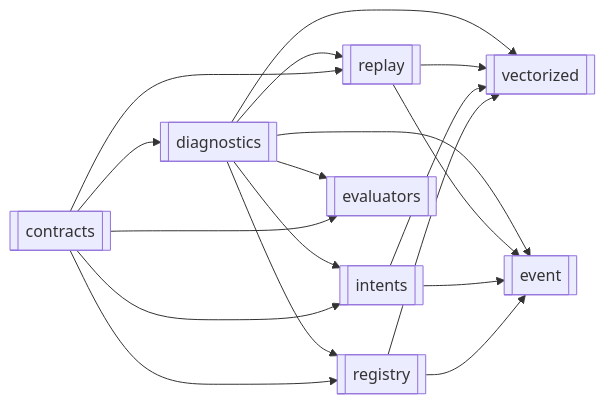
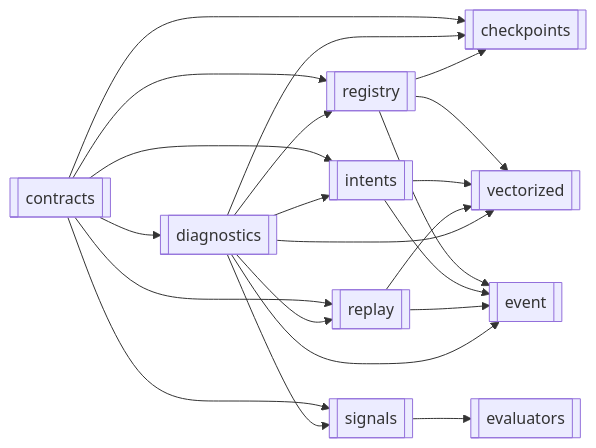
The second of 2 diagrams in app/services/strategy/README.md (haruperi/HaruQuantAI), drawn with Mermaid before and after one commit. The commit also changed other lines of this file and 2078 other files, not shown here.

````diff
--- a/app/services/strategy/README.md
+++ b/app/services/strategy/README.md
@@ -277,29 +313,35 @@
 ```mermaid
 flowchart LR
     CON[[contracts]]
     DIA[[diagnostics]]
     REG[[registry]]
     INT[[intents]]
     REP[[replay]]
+    CHK[[checkpoints]]
     VEC[[vectorized]]
     EVT[[event]]
+    SIG[[signals]]
     EVAL[[evaluators]]
 
     CON --> DIA
     CON --> REG
     DIA --> REG
     CON --> INT
     DIA --> INT
     CON --> REP
     DIA --> REP
+    CON --> CHK
+    DIA --> CHK
+    REG --> CHK
     REG --> VEC
     INT --> VEC
     REP --> VEC
     DIA --> VEC
     REG --> EVT
     INT --> EVT
     REP --> EVT
     DIA --> EVT
-    CON --> EVAL
-    DIA --> EVAL
+    CON --> SIG
+    DIA --> SIG
+    SIG --> EVAL
 ```
````
